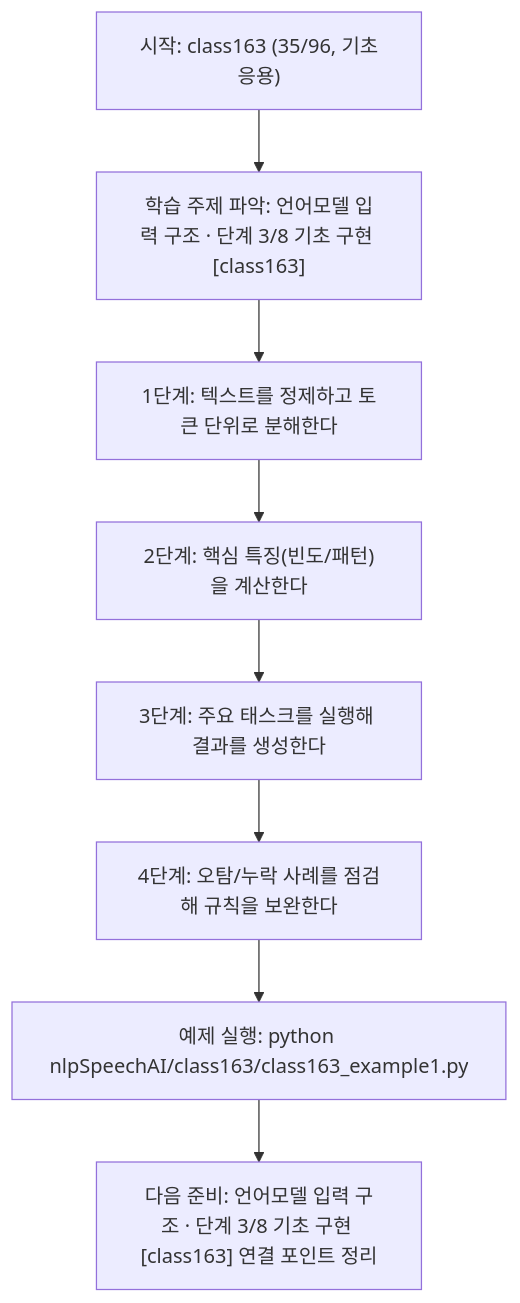
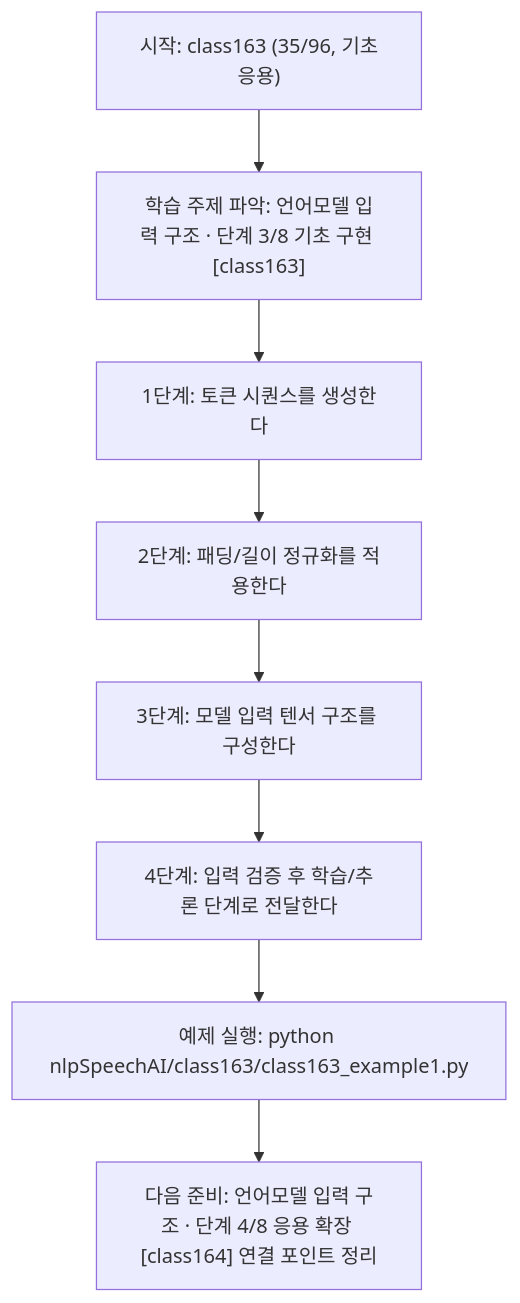
Before and after one commit to edumgt/Python-AI_Agent-Class: the diagram in nlpSpeechAI/class163/class163.md, drawn with Mermaid. The commit also changed other lines of this file and 1122 other files, not shown here.

````diff
--- a/nlpSpeechAI/class163/class163.md
+++ b/nlpSpeechAI/class163/class163.md
@@ -114,18 +95,18 @@
 ```mermaid
 flowchart TD
 N1["시작: class163 (35/96, 기초응용)"]
 N2["학습 주제 파악: 언어모델 입력 구조 · 단계 3/8 기초 구현 [class163]"]
-N3["1단계: 텍스트를 정제하고 토큰 단위로 분해한다"]
-N4["2단계: 핵심 특징(빈도/패턴)을 계산한다"]
-N5["3단계: 주요 태스크를 실행해 결과를 생성한다"]
-N6["4단계: 오탐/누락 사례를 점검해 규칙을 보완한다"]
+N3["1단계: 토큰 시퀀스를 생성한다"]
+N4["2단계: 패딩/길이 정규화를 적용한다"]
+N5["3단계: 모델 입력 텐서 구조를 구성한다"]
+N6["4단계: 입력 검증 후 학습/추론 단계로 전달한다"]
 N7["예제 실행: python nlpSpeechAI/class163/class163_example1.py"]
-N8["다음 준비: 언어모델 입력 구조 · 단계 3/8 기초 구현 [class163] 연결 포인트 정리"]
+N8["다음 준비: 언어모델 입력 구조 · 단계 4/8 응용 확장 [class164] 연결 포인트 정리"]
 N1 --> N2
 N2 --> N3
 N3 --> N4
 N4 --> N5
 N5 --> N6
 N6 --> N7
 N7 --> N8
 ```
````
